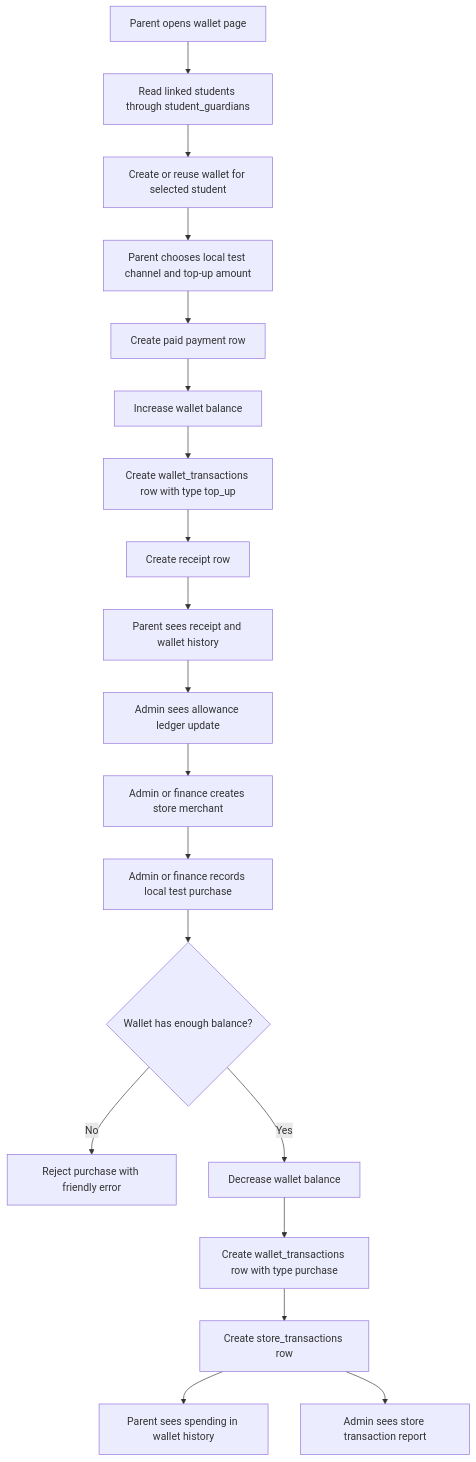
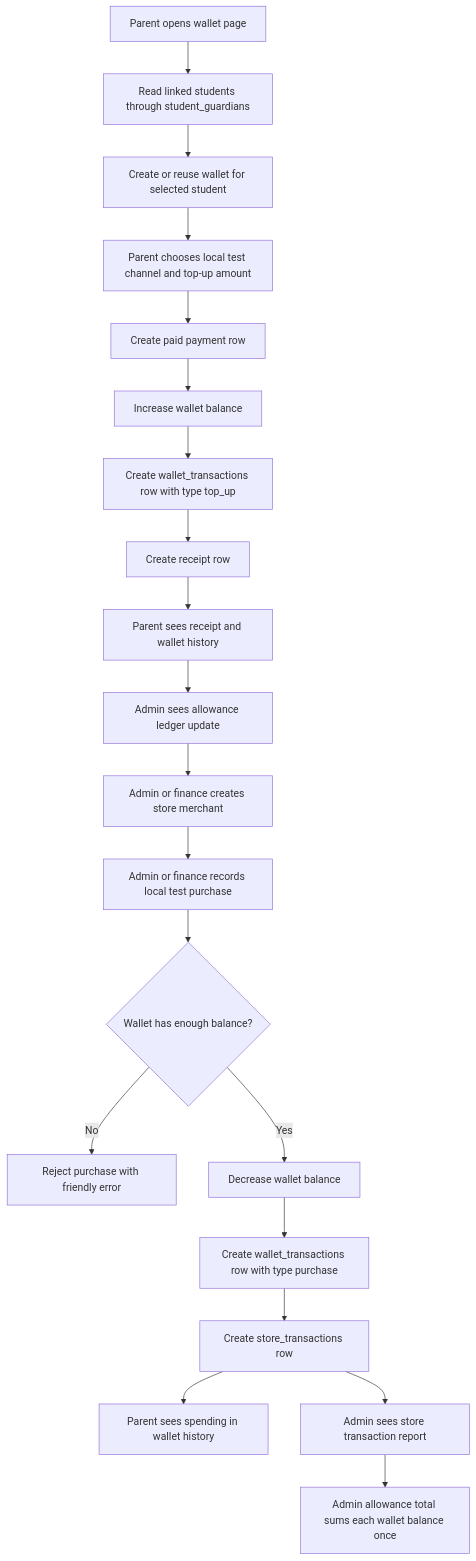
Diagram 14 of 14 in docs/PROJECT_FLOWCHARTS.md (Xeyn19/xmetapay), drawn with Mermaid before and after one commit. The commit also changed other lines of this file and 14 other files, not shown here.

````diff
--- a/docs/PROJECT_FLOWCHARTS.md
+++ b/docs/PROJECT_FLOWCHARTS.md
@@ -435,21 +437,22 @@
 ```mermaid
 flowchart TD
   A["Parent opens wallet page"] --> B["Read linked students through student_guardians"]
   B --> C["Create or reuse wallet for selected student"]
   C --> D["Parent chooses local test channel and top-up amount"]
   D --> E["Create paid payment row"]
   E --> F["Increase wallet balance"]
   F --> G["Create wallet_transactions row with type top_up"]
   G --> H["Create receipt row"]
   H --> I["Parent sees receipt and wallet history"]
   I --> J["Admin sees allowance ledger update"]
   J --> K["Admin or finance creates store merchant"]
   K --> L["Admin or finance records local test purchase"]
   L --> M{"Wallet has enough balance?"}
   M -->|No| N["Reject purchase with friendly error"]
   M -->|Yes| O["Decrease wallet balance"]
   O --> P["Create wallet_transactions row with type purchase"]
   P --> Q["Create store_transactions row"]
   Q --> R["Parent sees spending in wallet history"]
   Q --> S["Admin sees store transaction report"]
+  S --> T["Admin allowance total sums each wallet balance once"]
 ```
````
